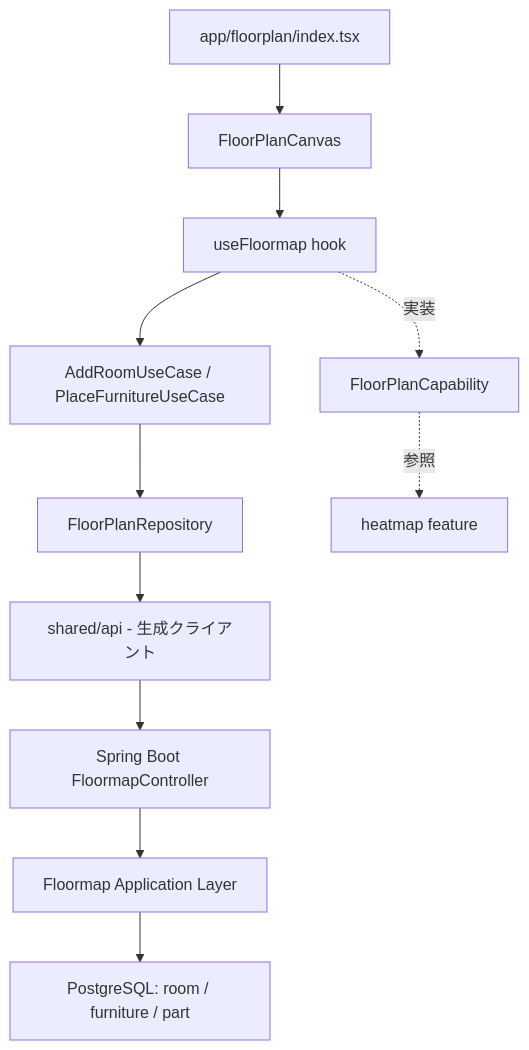
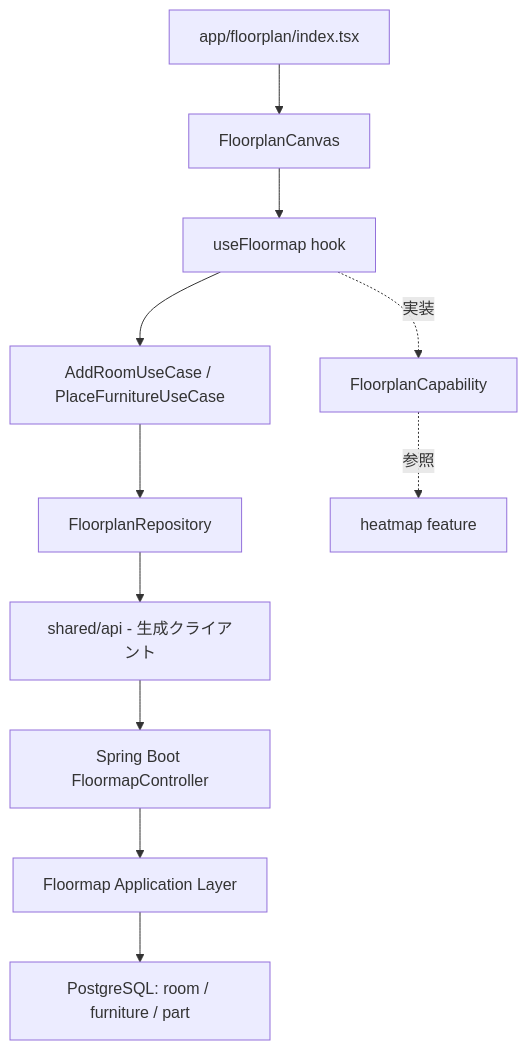
Before and after one commit to rockyh0825/cleaning-app: the diagram in .spec-workflow/specs/floorplan-editor/design.md, drawn with Mermaid. The commit also changed other lines of this file and 34 other files, not shown here.

Commit message:
refactor: FloorPlan → Floorplan に表記統一（1語化）

````diff
--- a/.spec-workflow/specs/floorplan-editor/design.md
+++ b/.spec-workflow/specs/floorplan-editor/design.md
@@ -51,13 +51,13 @@
 ```mermaid
 graph TD
-    A[app/floorplan/index.tsx] --> B[FloorPlanCanvas]
+    A[app/floorplan/index.tsx] --> B[FloorplanCanvas]
     B --> C[useFloormap hook]
     C --> D[AddRoomUseCase / PlaceFurnitureUseCase]
-    D --> E[FloorPlanRepository]
+    D --> E[FloorplanRepository]
     E --> F[shared/api - 生成クライアント]
     F --> G[Spring Boot FloormapController]
     G --> H[Floormap Application Layer]
     H --> I[PostgreSQL: room / furniture / part]
-    C -.実装.-> J[FloorPlanCapability]
+    C -.実装.-> J[FloorplanCapability]
     J -.参照.-> K[heatmap feature]
 ```
````
